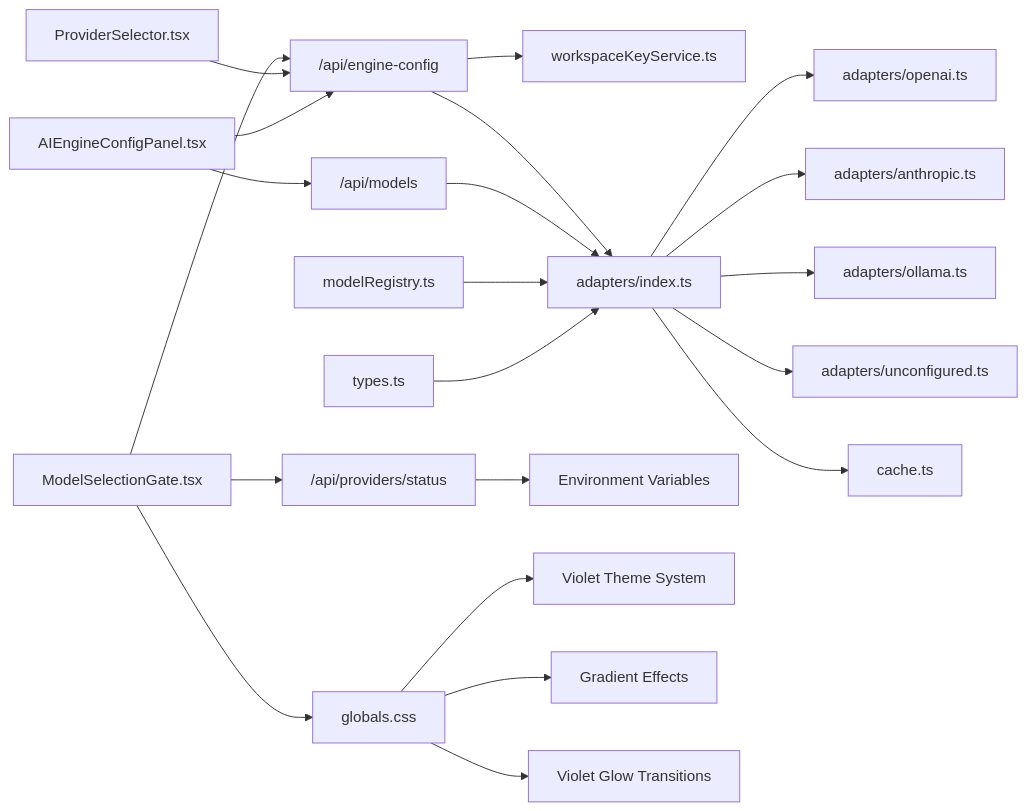
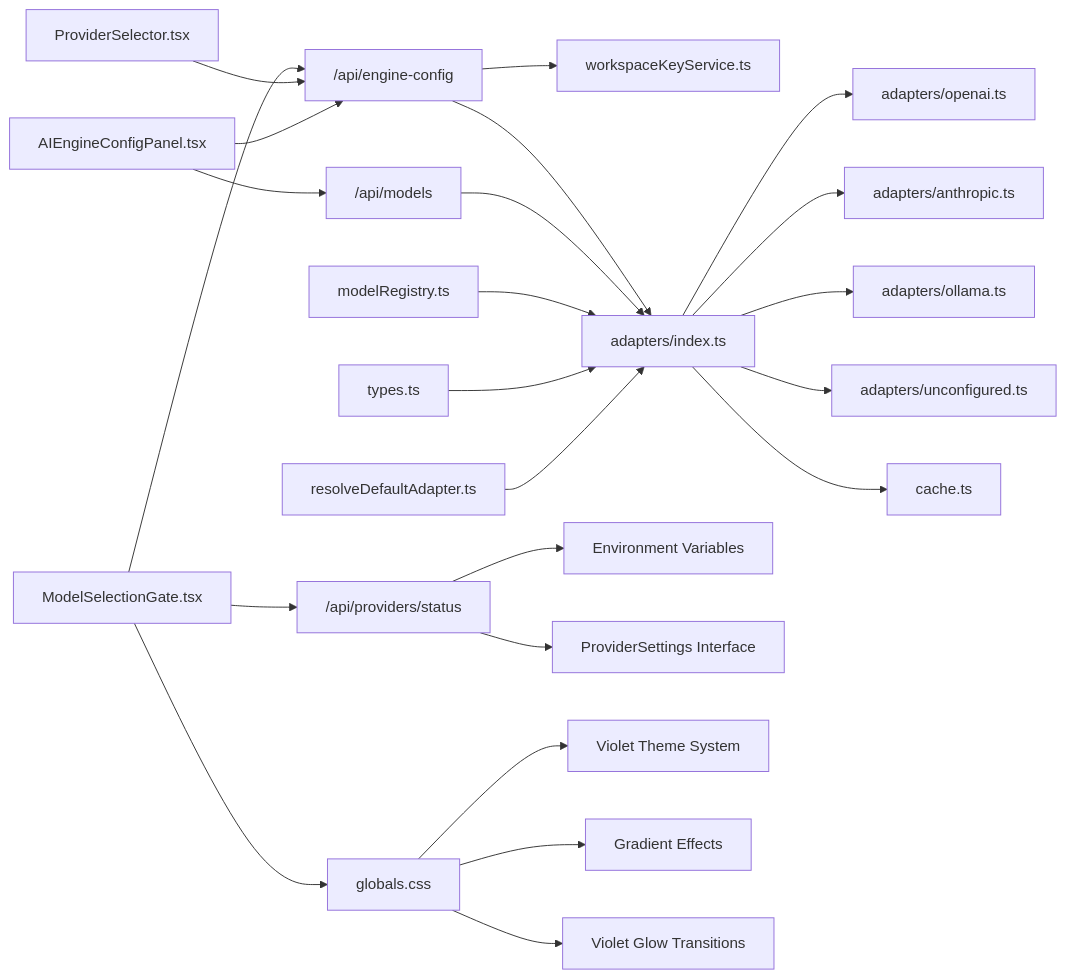
Before and after one commit to shekhargiri005-dotcom/AI-powered-accessibility-first-UI-engine: diagram 13 of 13 in .qoder/repowiki/en/content/AI Generation Engine/Model Configuration & Selection/Model Configuration & Selection.md, drawn with Mermaid. The commit also changed other lines of this file and 8 other files, not shown here.

````diff
--- a/.qoder/repowiki/en/content/AI Generation Engine/Model Configuration & Selection/Model Configuration & Selection.md
+++ b/.qoder/repowiki/en/content/AI Generation Engine/Model Configuration & Selection/Model Configuration & Selection.md
@@ -599,23 +664,25 @@
 ```mermaid
 graph LR
 MSG["ModelSelectionGate.tsx"] --> PSAPI["/api/providers/status"]
 MSG --> EC["/api/engine-config"]
 MSG --> CSS["globals.css"]
 PS["ProviderSelector.tsx"] --> EC
 UI["AIEngineConfigPanel.tsx"] --> EC
 UI --> AM["/api/models"]
 EC --> WS["workspaceKeyService.ts"]
 EC --> IDX["adapters/index.ts"]
 AM --> IDX
 IDX --> OA["adapters/openai.ts"]
 IDX --> AA["adapters/anthropic.ts"]
 IDX --> OL["adapters/ollama.ts"]
 IDX --> UA["adapters/unconfigured.ts"]
 IDX --> CA["cache.ts"]
 MR["modelRegistry.ts"] --> IDX
 TY["types.ts"] --> IDX
 PSAPI --> ENV["Environment Variables"]
+PSAPI --> SETTINGS["ProviderSettings Interface"]
 CSS --> THEME["Violet Theme System"]
 CSS --> GRADIENTS["Gradient Effects"]
 CSS --> GLOW["Violet Glow Transitions"]
+RDA["resolveDefaultAdapter.ts"] --> IDX
 ```
````
